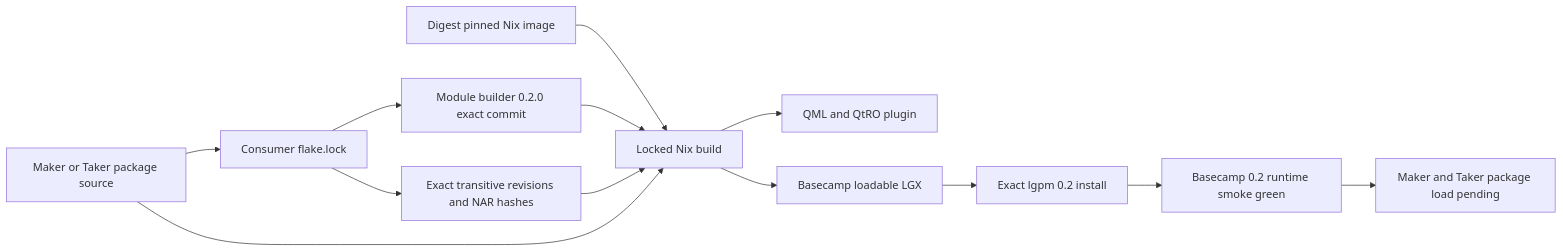
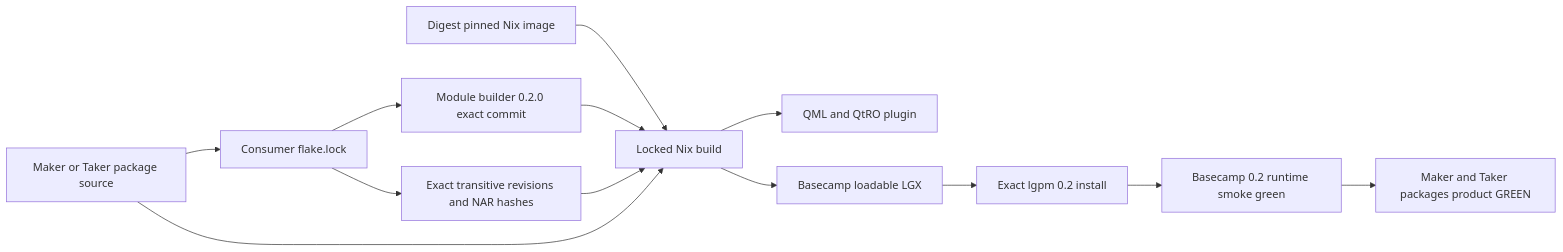
Before and after one commit to gateway-fm/lez-atomic-swaps: the first of 2 diagrams in docs/architecture/0146-pin-basecamp-builds-behind-consumer-locks.md, drawn with Mermaid. The commit also changed other lines of this file and 14 other files, not shown here.

````diff
--- a/docs/architecture/0146-pin-basecamp-builds-behind-consumer-locks.md
+++ b/docs/architecture/0146-pin-basecamp-builds-behind-consumer-locks.md
@@ -60,15 +60,15 @@
 ```mermaid
 flowchart LR
     Source["Maker or Taker package source"] --> Lock["Consumer flake.lock"]
     Lock --> Builder["Module builder 0.2.0 exact commit"]
     Lock --> Dependencies["Exact transitive revisions and NAR hashes"]
     Image["Digest pinned Nix image"] --> Build["Locked Nix build"]
     Builder --> Build
     Dependencies --> Build
     Source --> Build
     Build --> Plugin["QML and QtRO plugin"]
     Build --> LGX["Basecamp loadable LGX"]
     LGX --> Install["Exact lgpm 0.2 install"]
     Install --> Loader["Basecamp 0.2 runtime smoke green"]
-    Loader --> Product["Maker and Taker package load pending"]
+    Loader --> Product["Maker and Taker packages product GREEN"]
 ```
````
